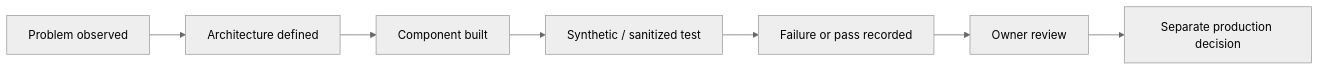
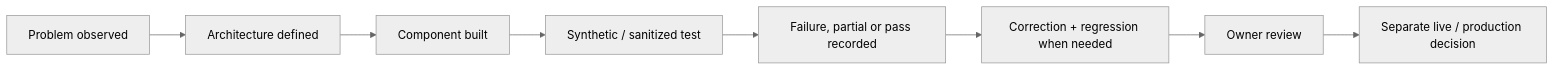
One commit to Alvaro-Olivas/GoNica-Evidence-Room changed the diagram in TECHNICAL_EVIDENCE_INDEX.md. Above: the diagram before and after it, drawn with Mermaid (neutral theme). The commit also changed other lines of this file, not shown here.

````diff
--- a/TECHNICAL_EVIDENCE_INDEX.md
+++ b/TECHNICAL_EVIDENCE_INDEX.md
@@ -35,9 +50,10 @@
 ```mermaid
 flowchart LR
     A[Problem observed] --> B[Architecture defined]
     B --> C[Component built]
     C --> D[Synthetic / sanitized test]
-    D --> E[Failure or pass recorded]
-    E --> F[Owner review]
-    F --> G[Separate production decision]
+    D --> E[Failure, partial or pass recorded]
+    E --> F[Correction + regression when needed]
+    F --> G[Owner review]
+    G --> H[Separate live / production decision]
 ```
````
